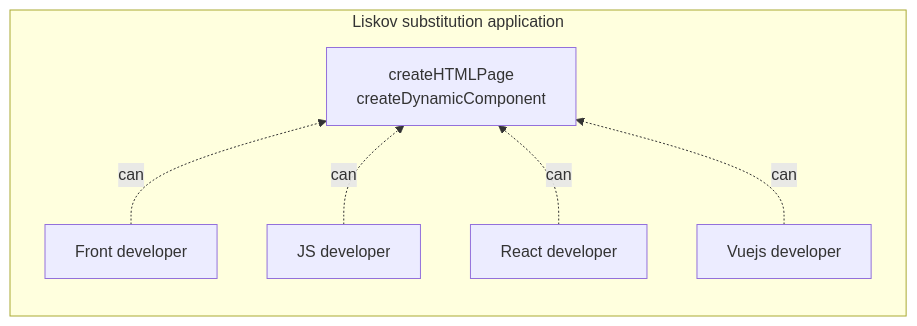
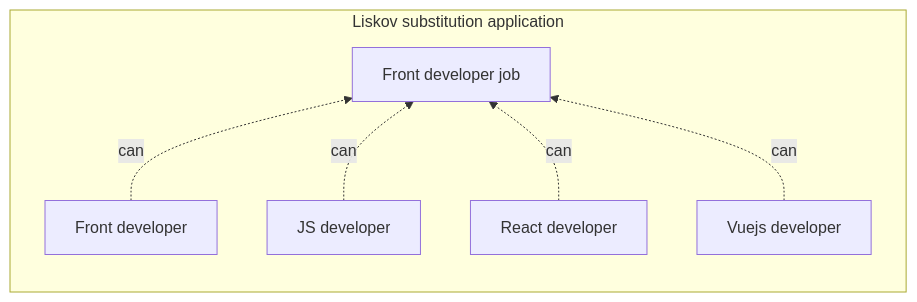
One commit to Asgard-Digital-Force/Asgardian-Code-Principles changed the second of 2 diagrams in docs/Liskov_Substitution_Principle.md. Above: the diagram before and after it, drawn with Mermaid.

Commit message:
better exemple

````diff
--- a/docs/Liskov_Substitution_Principle.md
+++ b/docs/Liskov_Substitution_Principle.md
@@ -51,11 +51,11 @@
 ```mermaid
 graph TD
 
     subgraph Liskov substitution application
         direction BT
-        FD0[Front developer] -.can.-> D[createHTMLPage\ncreateDynamicComponent]
+        FD0[Front developer] -.can.-> D[Front developer job]
         JS0[JS developer] -.can.-> D
         RD0[React developer] -.can.-> D
         VJS0[Vuejs developer] -.can.-> D
     end
 ```
````
